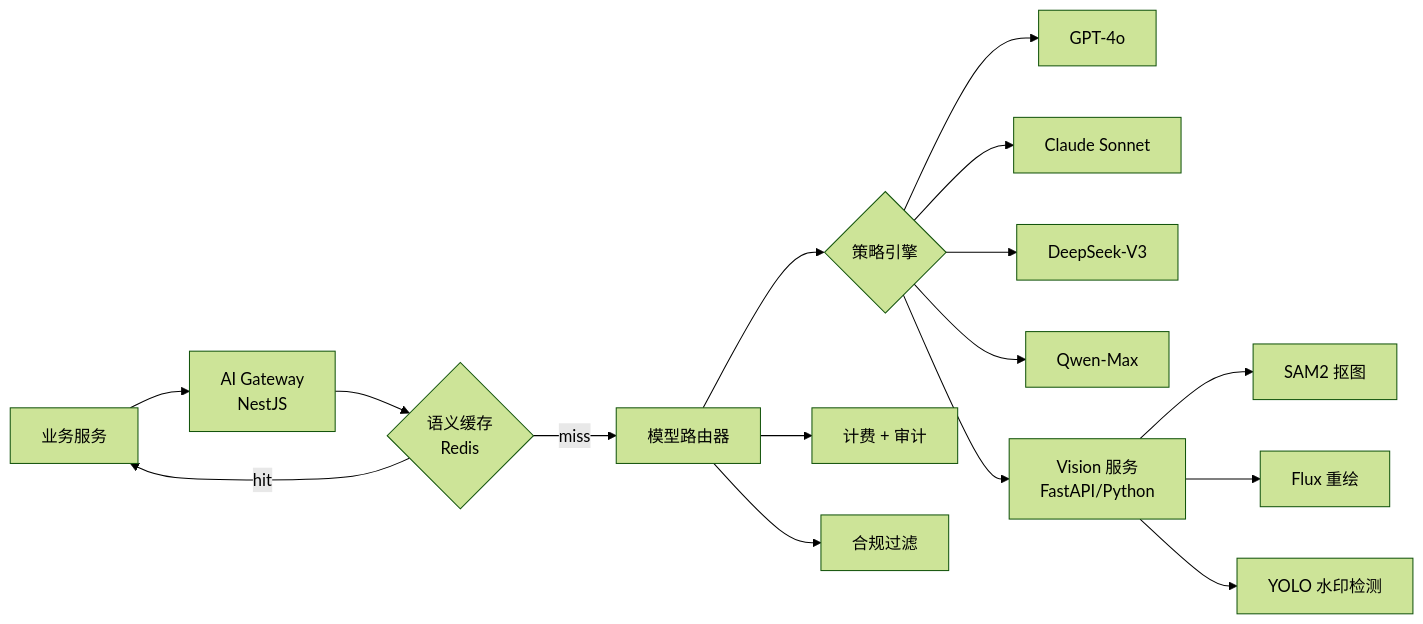
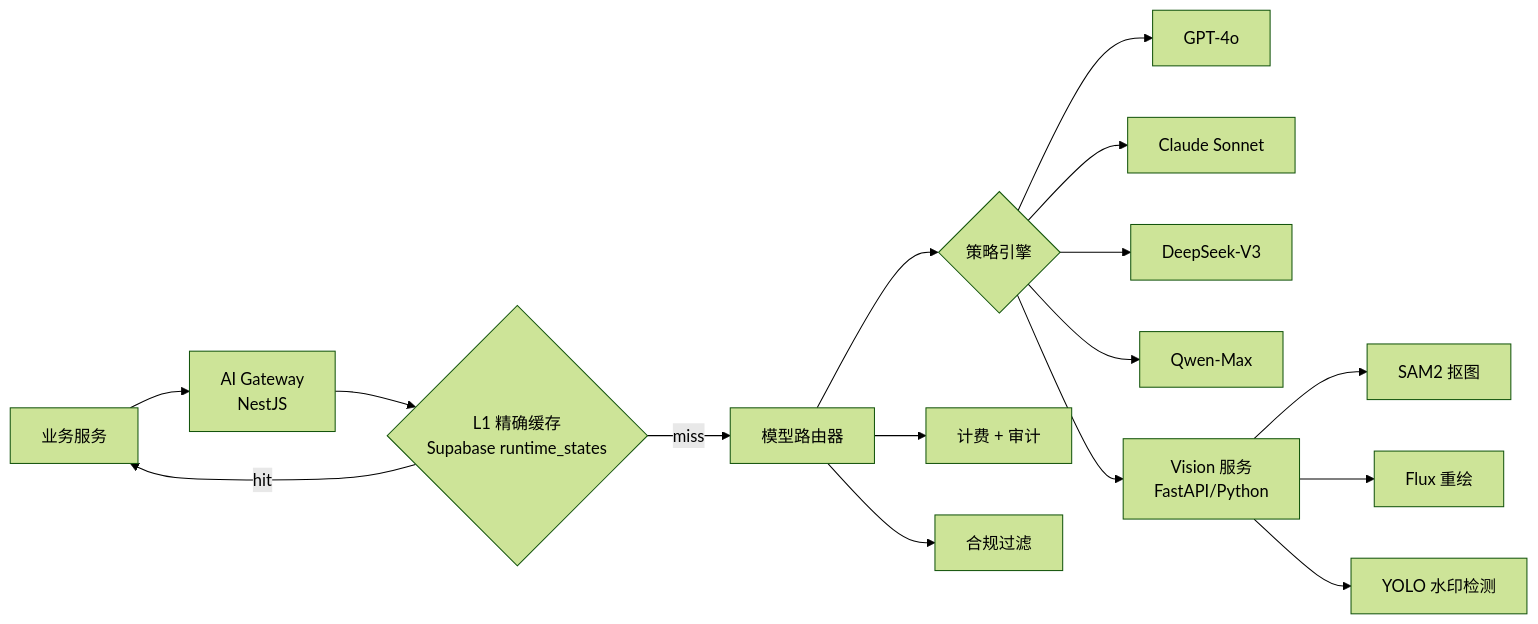
The first of 2 diagrams in docs/05-ai-pipeline.md (harzss/supplier), drawn with Mermaid (forest theme) before and after one commit. The commit also changed other lines of this file and 100 other files, not shown here.

Commit message:
feat: add Supabase runtime state and SKU editing

````diff
--- a/docs/05-ai-pipeline.md
+++ b/docs/05-ai-pipeline.md
@@ -7,18 +9,18 @@
 ```mermaid
 flowchart LR
     Client[业务服务] --> Gateway[AI Gateway<br/>NestJS]
-    Gateway --> Cache{语义缓存<br/>Redis}
+    Gateway --> Cache{L1 精确缓存<br/>Supabase runtime_states}
     Cache -- hit --> Client
     Cache -- miss --> Router[模型路由器]
     Router --> Strategy{策略引擎}
     Strategy --> ModelA[GPT-4o]
     Strategy --> ModelB[Claude Sonnet]
     Strategy --> ModelC[DeepSeek-V3]
     Strategy --> ModelD[Qwen-Max]
     Strategy --> Vision[Vision 服务<br/>FastAPI/Python]
     Vision --> SAM[SAM2 抠图]
     Vision --> Flux[Flux 重绘]
     Vision --> YOLO[YOLO 水印检测]
     Router --> Logger[计费 + 审计]
     Router --> Compliance[合规过滤]
 ```
````
